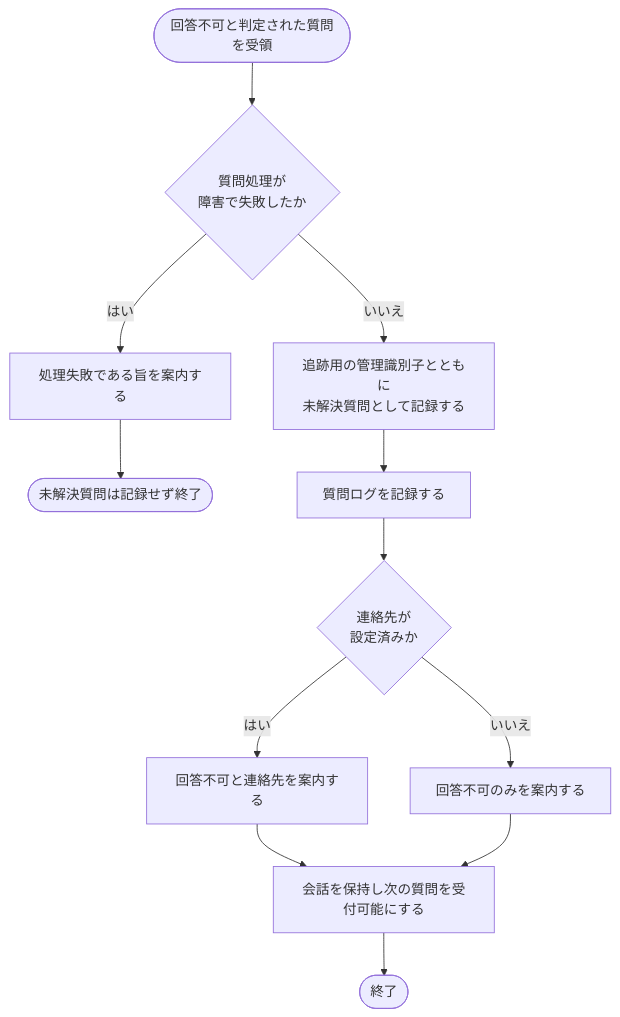
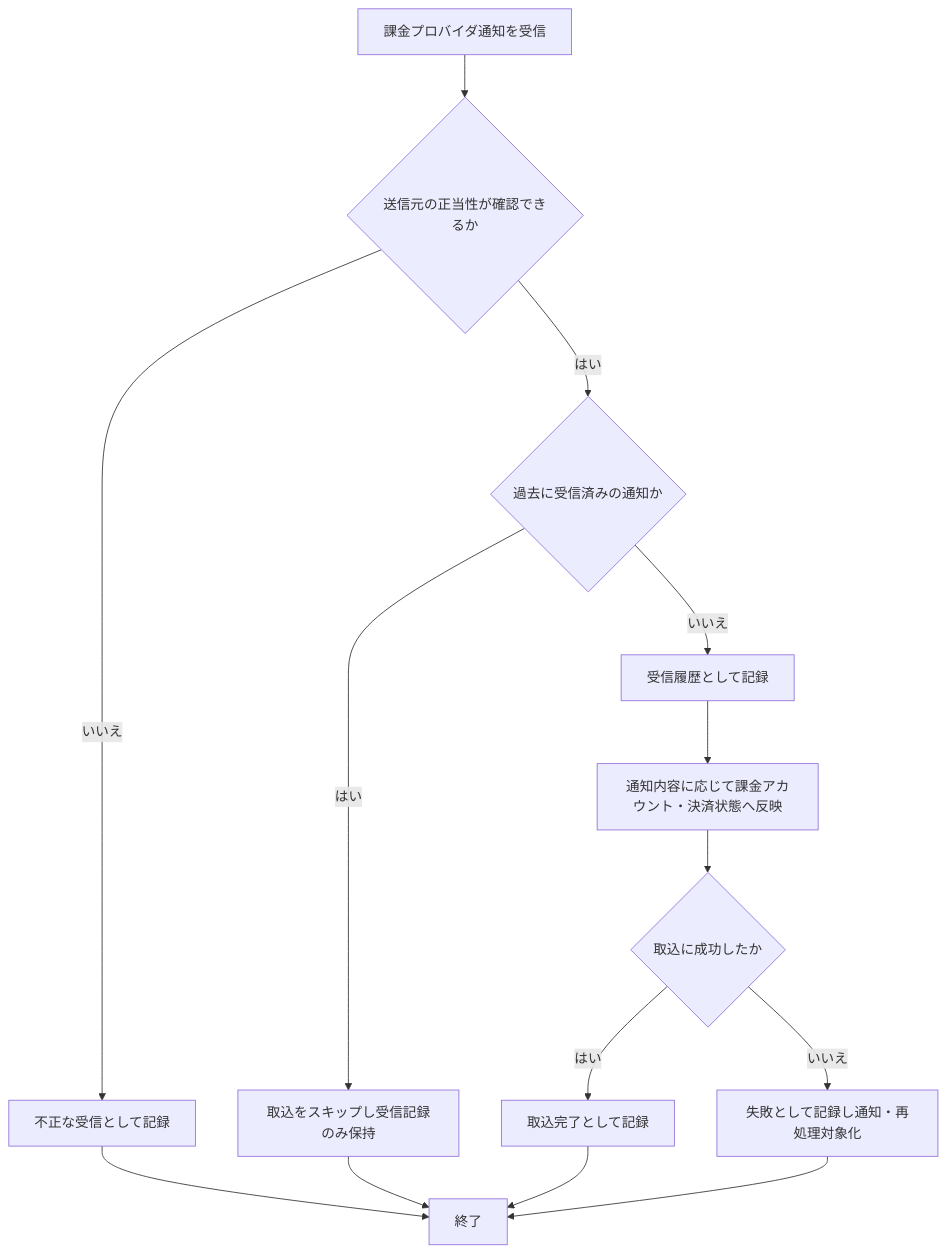
The diagram in 02_basic_design/02_backend/01_system/SYS-004.md (sikakou54/open-faq), drawn with Mermaid before and after one commit. The commit also changed other lines of this file and 395 other files, not shown here.

````diff
--- a/02_basic_design/02_backend/01_system/SYS-004.md
+++ b/02_basic_design/02_backend/01_system/SYS-004.md
@@ -25,14 +29,16 @@
 ```mermaid
 flowchart TB
-  S([回答不可と判定された質問を受領]) --> Q{質問処理が<br/>障害で失敗したか}
-  Q -- はい --> E[処理失敗である旨を案内する]
-  E --> EX([未解決質問は記録せず終了])
-  Q -- いいえ --> R[追跡用の管理識別子とともに<br/>未解決質問として記録する]
-  R --> L[質問ログを記録する]
-  L --> C{連絡先が<br/>設定済みか}
-  C -- はい --> G1[回答不可と連絡先を案内する]
-  C -- いいえ --> G2[回答不可のみを案内する]
-  G1 --> K[会話を保持し次の質問を受付可能にする]
-  G2 --> K
-  K --> END([終了])
+  A[課金プロバイダ通知を受信] --> B{送信元の正当性が確認できるか}
+  B -- いいえ --> C[不正な受信として記録]
+  C --> Z[終了]
+  B -- はい --> D{過去に受信済みの通知か}
+  D -- はい --> E[取込をスキップし受信記録のみ保持]
+  E --> Z
+  D -- いいえ --> F[受信履歴として記録]
+  F --> G[通知内容に応じて課金アカウント・決済状態へ反映]
+  G --> H{取込に成功したか}
+  H -- はい --> I[取込完了として記録]
+  I --> Z
+  H -- いいえ --> J[失敗として記録し通知・再処理対象化]
+  J --> Z
 ```
````
